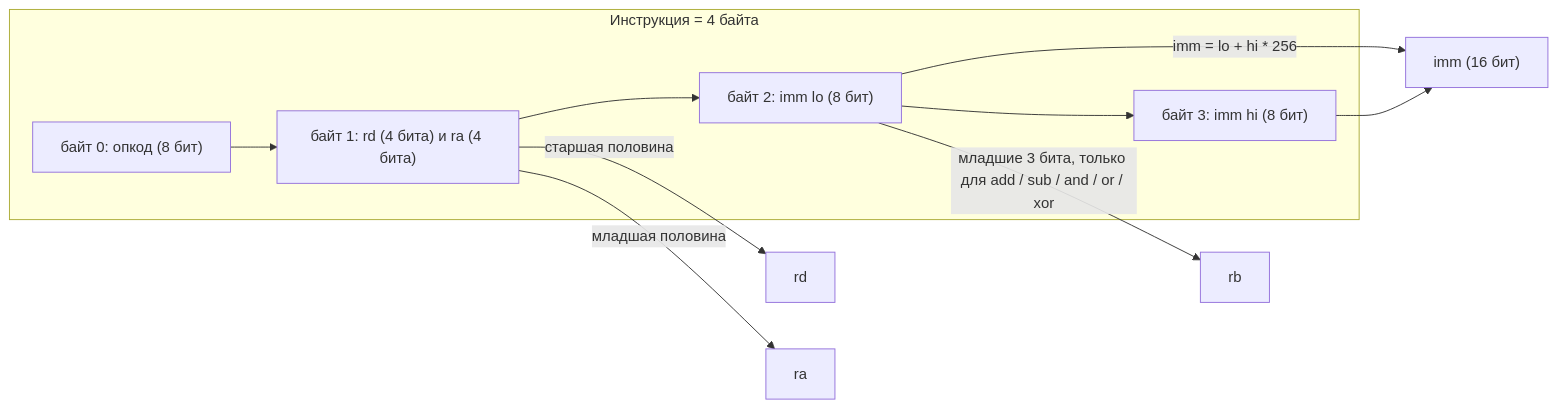
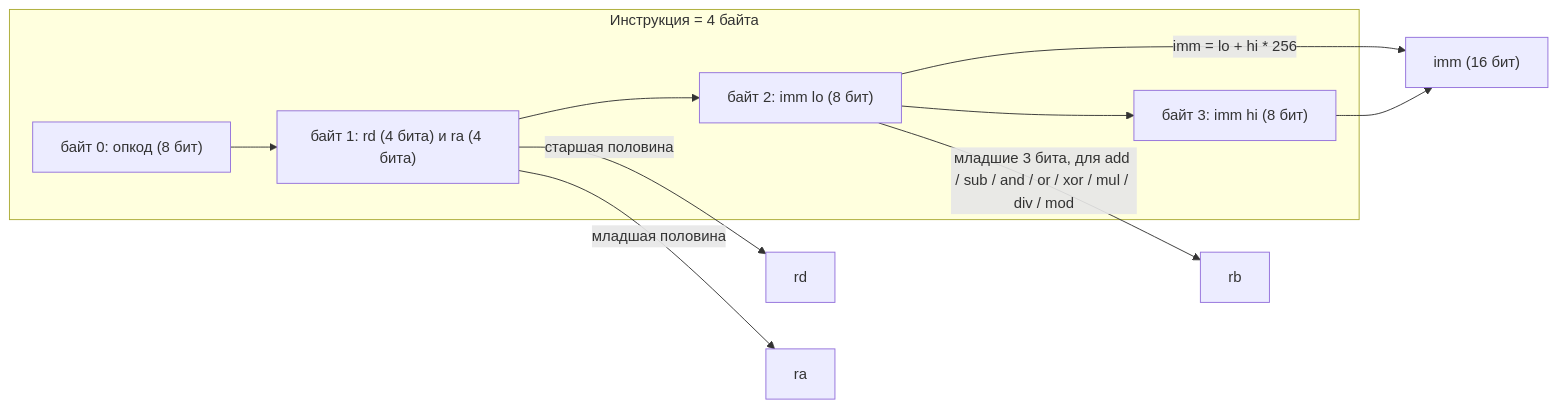
One commit to loki5512344ss/SummumOS changed the sixth of 40 diagrams in чертежи.md. Above: the diagram before and after it, drawn with Mermaid. The commit also changed other lines of this file and 40 other files, not shown here.

````diff
--- a/чертежи.md
+++ b/чертежи.md
@@ -123,16 +125,16 @@
 ```mermaid
 graph LR
     subgraph ins["Инструкция = 4 байта"]
         b0["байт 0: опкод (8 бит)"]
         b1["байт 1: rd (4 бита) и ra (4 бита)"]
         b2["байт 2: imm lo (8 бит)"]
         b3["байт 3: imm hi (8 бит)"]
         b0 --> b1 --> b2 --> b3
     end
 
     b2 -->|"imm = lo + hi * 256"| imm["imm (16 бит)"]
     b3 --> imm
-    b2 -->|"младшие 3 бита, только для add / sub / and / or / xor"| rb["rb"]
+    b2 -->|"младшие 3 бита, для add / sub / and / or / xor / mul / div / mod"| rb["rb"]
     b1 -->|"старшая половина"| rd["rd"]
     b1 -->|"младшая половина"| ra["ra"]
 ```
````
